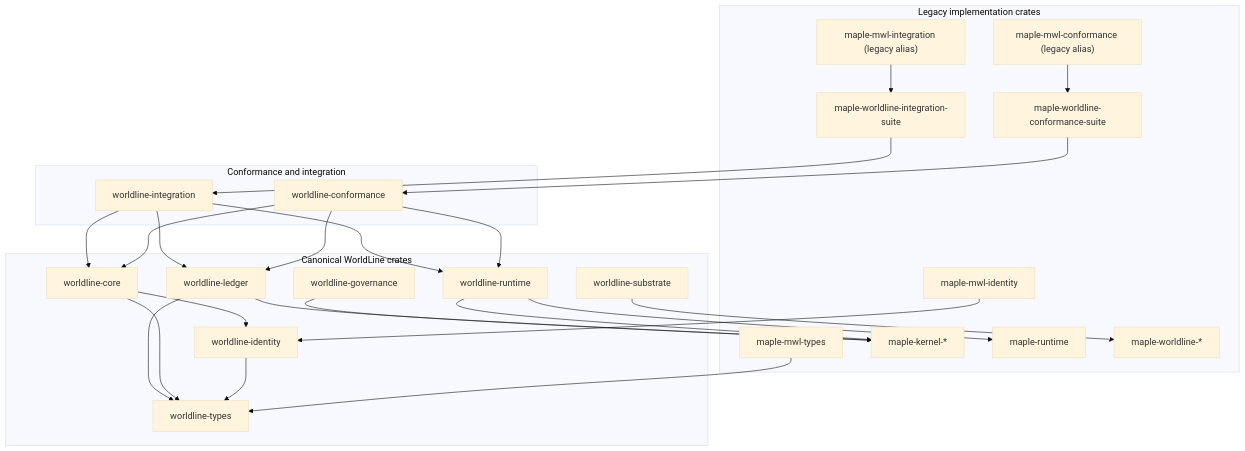
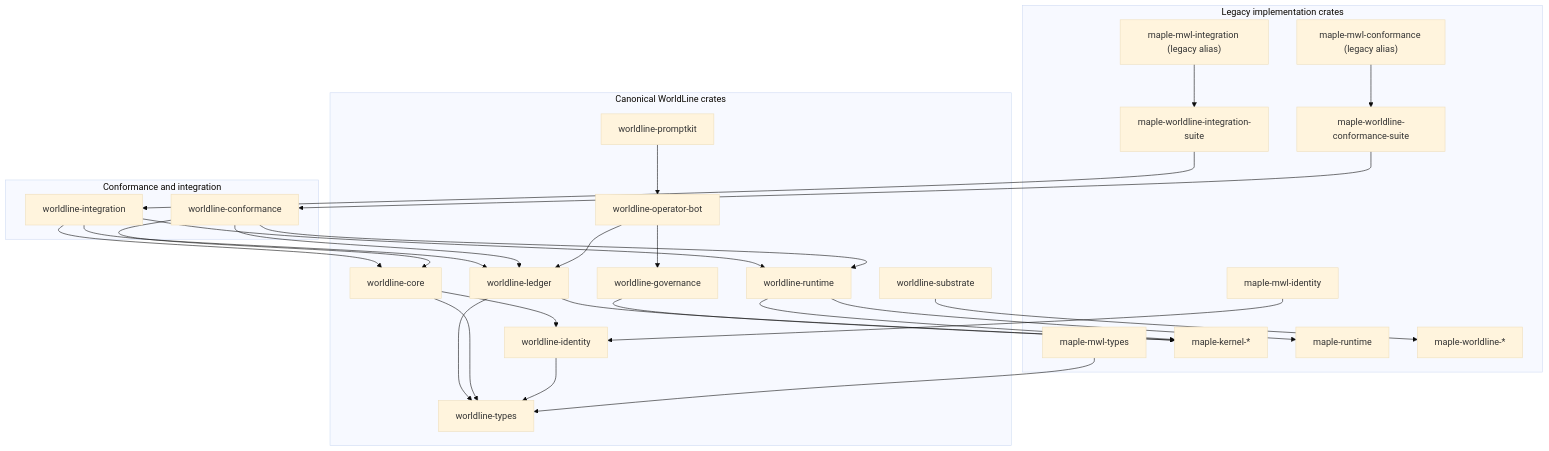
One commit to mapleaiorg/maple changed the first of 2 diagrams in docs/architecture/02-crate-layout.md. Above: the diagram before and after it, drawn with Mermaid (base theme). The commit also changed other lines of this file and 52 other files, not shown here.

````diff
--- a/docs/architecture/02-crate-layout.md
+++ b/docs/architecture/02-crate-layout.md
@@ -67,52 +72,57 @@
 ```mermaid
 flowchart TB
   subgraph Canonical["Canonical WorldLine crates"]
     WT["worldline-types"]
     WI["worldline-identity"]
     WC["worldline-core"]
     WR["worldline-runtime"]
     WL["worldline-ledger"]
     WG["worldline-governance"]
+    WOB["worldline-operator-bot"]
+    WPK["worldline-promptkit"]
     WS["worldline-substrate"]
   end
 
   subgraph Legacy["Legacy implementation crates"]
     MMT["maple-mwl-types"]
     MMI["maple-mwl-identity"]
     MK["maple-kernel-*"]
     MR["maple-runtime"]
     MWS["maple-worldline-*"]
     MWCS["maple-worldline-conformance-suite"]
     MWIS["maple-worldline-integration-suite"]
     MMC["maple-mwl-conformance (legacy alias)"]
     MMI2["maple-mwl-integration (legacy alias)"]
   end
 
   subgraph Validation["Conformance and integration"]
     MC["worldline-conformance"]
     MI["worldline-integration"]
   end
 
   MMT --> WT
   MMI --> WI
   WI --> WT
   WC --> WT
   WC --> WI
   WR --> MK
   WR --> MR
   WL --> WT
   WL --> MK
   WG --> MK
+  WOB --> WG
+  WOB --> WL
+  WPK --> WOB
   WS --> MWS
 
   MC --> WC
   MC --> WR
   MC --> WL
   MWCS --> MC
   MMC --> MWCS
   MI --> WC
   MI --> WR
   MI --> WL
   MWIS --> MI
   MMI2 --> MWIS
 ```
````
